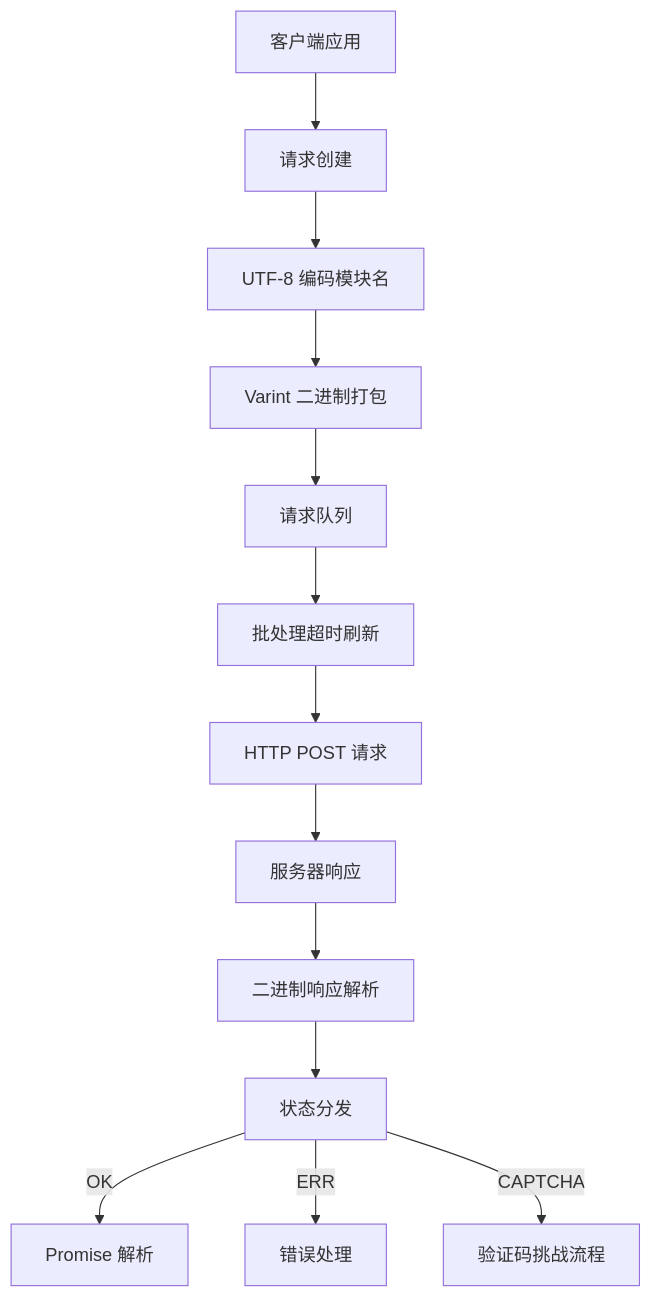
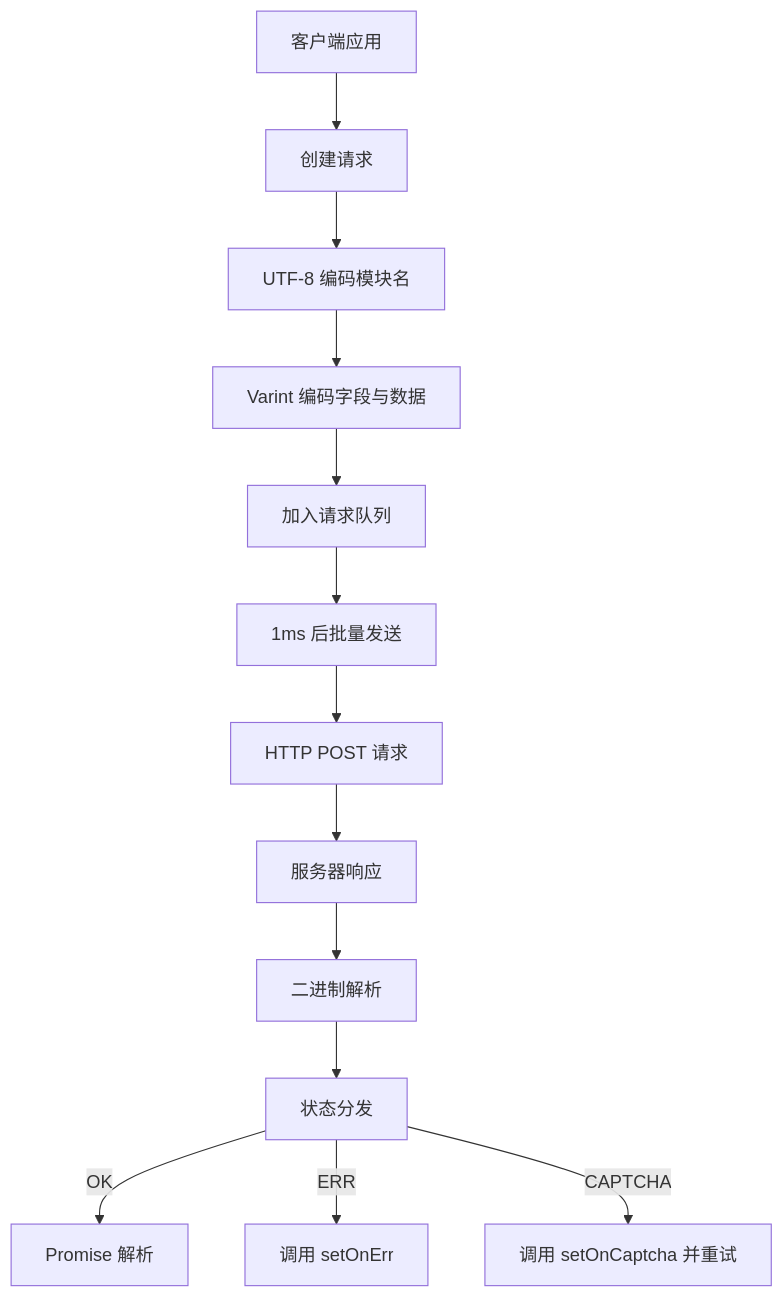
One commit to webc-site/npm changed the diagram in protoapi/readme/zh/README.md. Above: the diagram before and after it, drawn with Mermaid. The commit also changed other lines of this file and 1 other file, not shown here.

````diff
--- a/protoapi/readme/zh/README.md
+++ b/protoapi/readme/zh/README.md
@@ -52,15 +52,15 @@
 ```mermaid
 graph TD
-  A[客户端应用] --> B[请求创建]
+  A[客户端应用] --> B[创建请求]
   B --> C[UTF-8 编码模块名]
-  C --> D[Varint 二进制打包]
-  D --> E[请求队列]
-  E --> F[批处理超时刷新]
+  C --> D[Varint 编码字段与数据]
+  D --> E[加入请求队列]
+  E --> F[1ms 后批量发送]
   F --> G[HTTP POST 请求]
   G --> H[服务器响应]
-  H --> I[二进制响应解析]
+  H --> I[二进制解析]
   I --> J[状态分发]
   J -->|OK| K[Promise 解析]
-  J -->|ERR| L[错误处理]
-  J -->|CAPTCHA| M[验证码挑战流程]
+  J -->|ERR| L[调用 setOnErr]
+  J -->|CAPTCHA| M[调用 setOnCaptcha 并重试]
 ```
````
